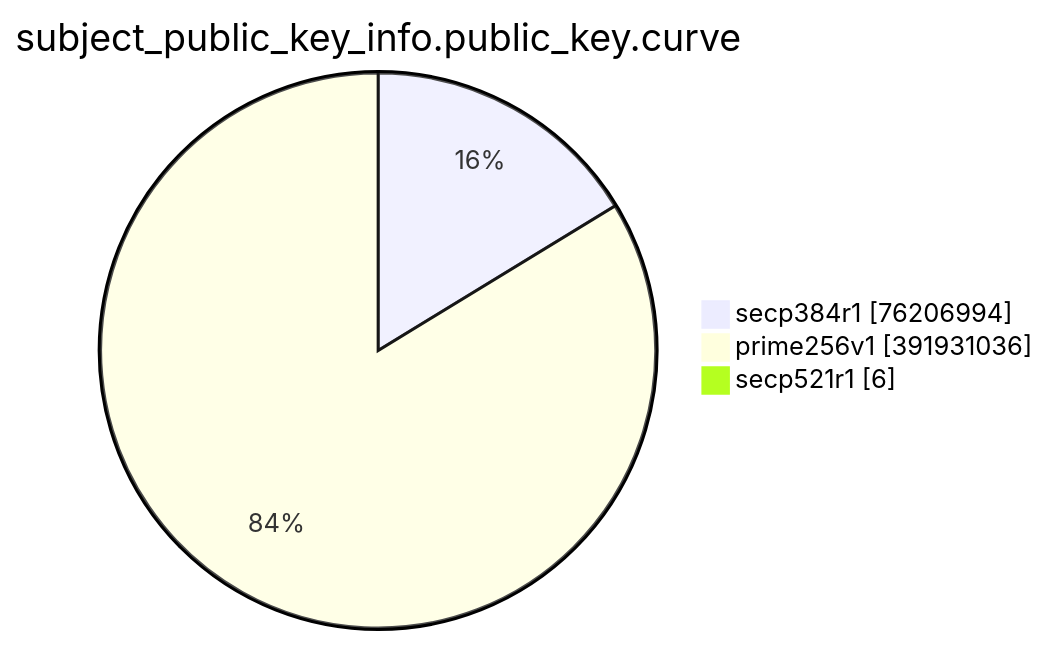
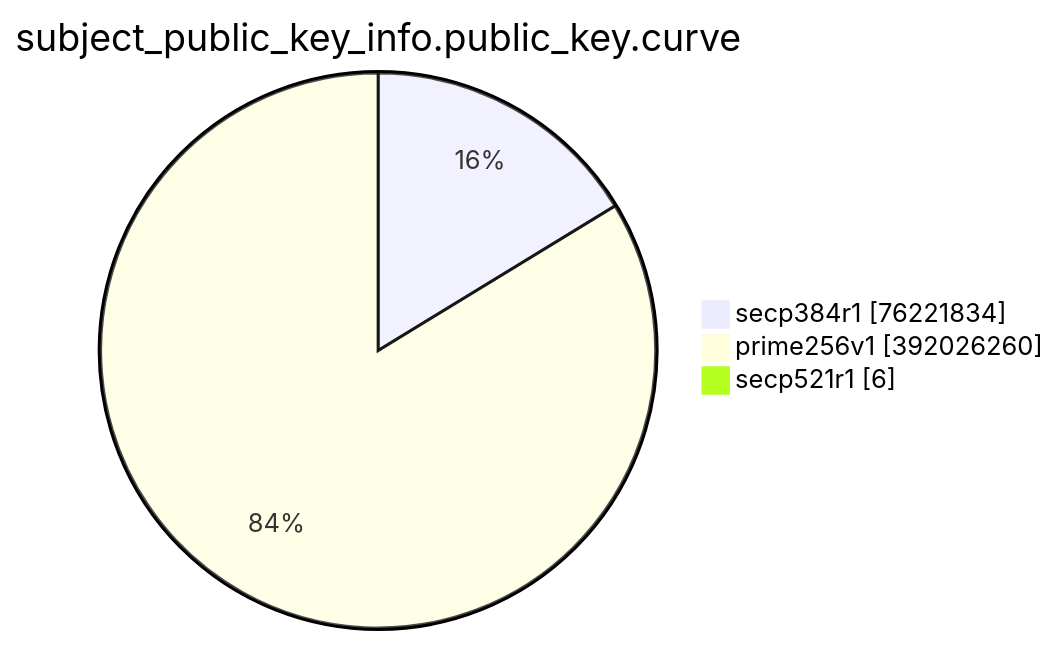
One commit to christiankrug/ctmonitor_visualization changed the eighth of 15 diagrams in TOTAL/README.md. Above: the diagram before and after it, drawn with Mermaid. The commit also changed other lines of this file, not shown here.

````diff
--- a/TOTAL/README.md
+++ b/TOTAL/README.md
@@ -3094,7 +3094,7 @@
 ```mermaid
 pie showData
 title subject_public_key_info.public_key.curve
-"secp384r1" :76206994
-"prime256v1" :391931036
+"secp384r1" :76221834
+"prime256v1" :392026260
 "secp521r1" :6
 ```
````
